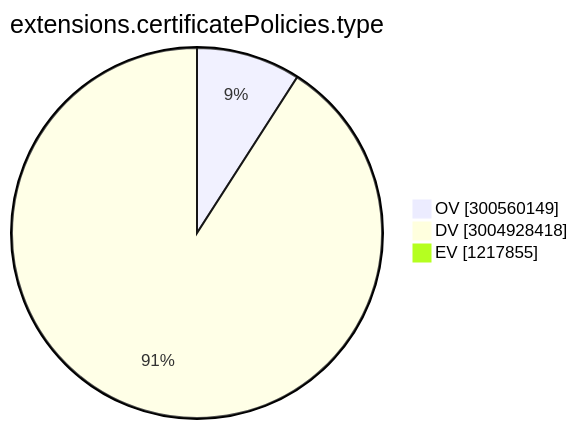
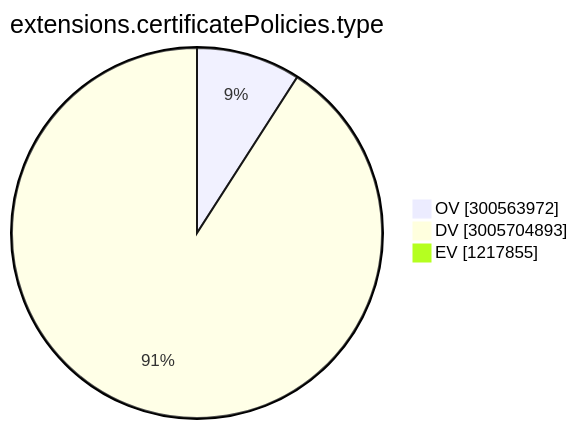
Before and after one commit to christiankrug/ctmonitor_visualization: the ninth of 15 diagrams in TOTAL/README.md, drawn with Mermaid. The commit also changed other lines of this file, not shown here.

````diff
--- a/TOTAL/README.md
+++ b/TOTAL/README.md
@@ -3102,7 +3102,7 @@
 ```mermaid
 pie showData
 title extensions.certificatePolicies.type
-"OV" :300560149
-"DV" :3004928418
+"OV" :300563972
+"DV" :3005704893
 "EV" :1217855
 ```
````
